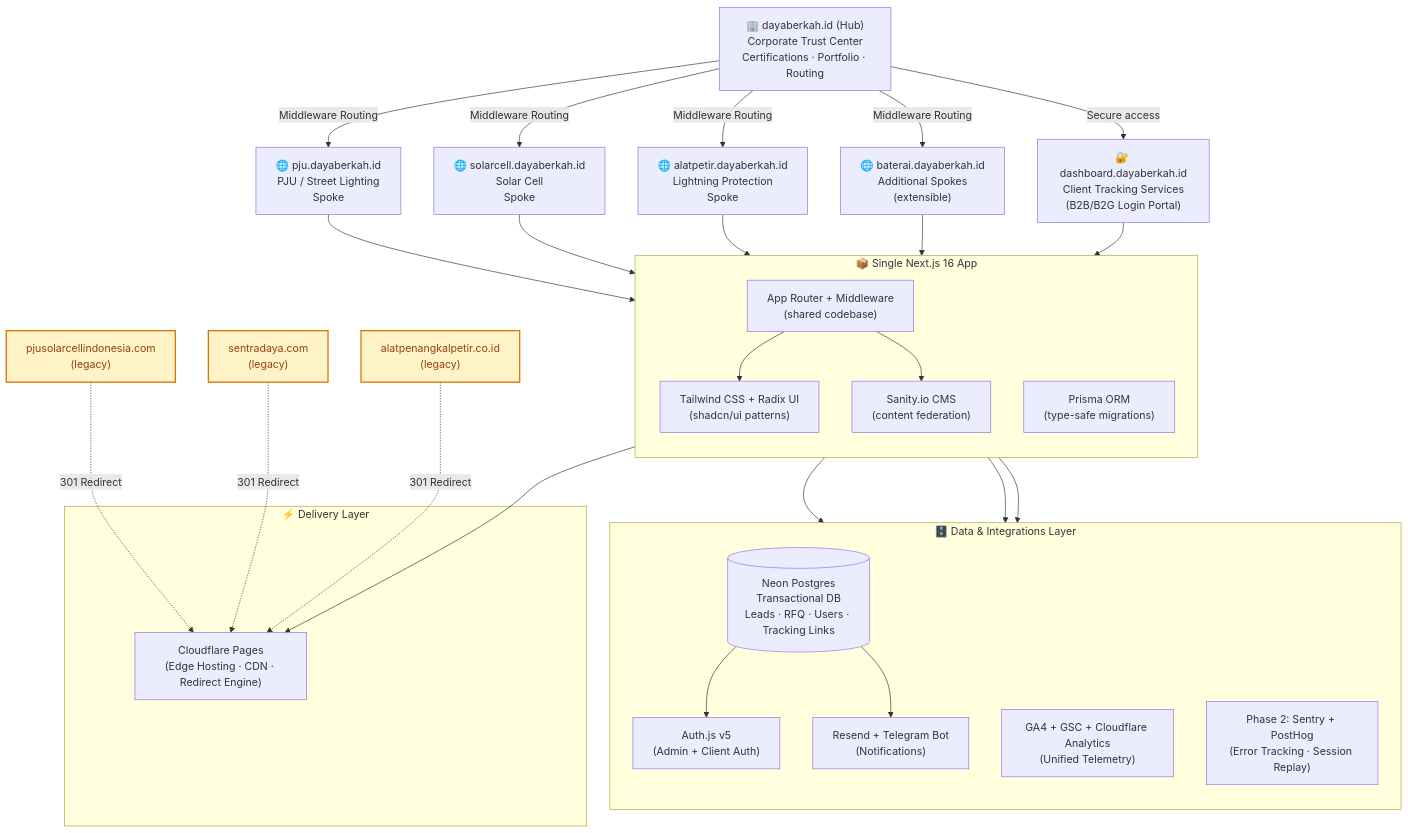
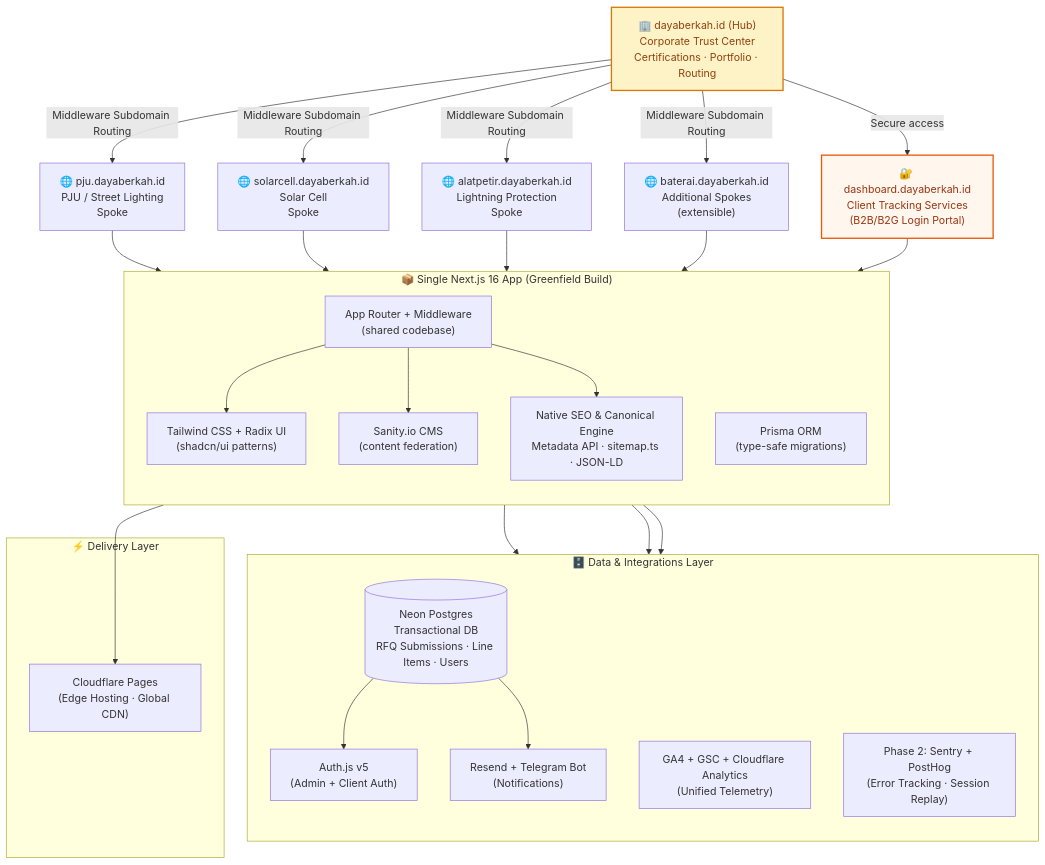
Before and after one commit to pxrzival404/arostech-hub: the first of 2 diagrams in docs/strategy/prd.md, drawn with Mermaid. The commit also changed other lines of this file and 24 other files, not shown here.

````diff
--- a/docs/strategy/prd.md
+++ b/docs/strategy/prd.md
@@ -99,49 +119,52 @@
 ```mermaid
 ---
 config:
   layout: dagre
 ---
 flowchart TD
     classDef entry fill:#fef3c7,stroke:#d97706,stroke-width:2px,color:#92400e
     classDef conversion fill:#fff7ed,stroke:#ea580c,stroke-width:2px,color:#9a3412
 
     Root["🏢 dayaberkah.id (Hub)\nCorporate Trust Center\nCertifications · Portfolio · Routing"]
-    Root -->|"Middleware Routing"| S1["🌐 pju.dayaberkah.id\nPJU / Street Lighting\nSpoke"]
-    Root -->|"Middleware Routing"| S2["🌐 solarcell.dayaberkah.id\nSolar Cell\nSpoke"]
-    Root -->|"Middleware Routing"| S3["🌐 alatpetir.dayaberkah.id\nLightning Protection\nSpoke"]
-    Root -->|"Middleware Routing"| SN["🌐 baterai.dayaberkah.id\nAdditional Spokes\n(extensible)"]
+    Root -->|"Middleware Subdomain Routing"| S1["🌐 pju.dayaberkah.id\nPJU / Street Lighting\nSpoke"]
+    Root -->|"Middleware Subdomain Routing"| S2["🌐 solarcell.dayaberkah.id\nSolar Cell\nSpoke"]
+    Root -->|"Middleware Subdomain Routing"| S3["🌐 alatpetir.dayaberkah.id\nLightning Protection\nSpoke"]
+    Root -->|"Middleware Subdomain Routing"| SN["🌐 baterai.dayaberkah.id\nAdditional Spokes\n(extensible)"]
     Root -->|"Secure access"| SD["🔐 dashboard.dayaberkah.id\nClient Tracking Services\n(B2B/B2G Login Portal)"]
-    subgraph SingleApp ["📦 Single Next.js 16 App"]
+
+    subgraph SingleApp ["📦 Single Next.js 16 App (Greenfield Build)"]
         direction TB
         NextJS["App Router + Middleware\n(shared codebase)"]
         DesignSystem["Tailwind CSS + Radix UI\n(shadcn/ui patterns)"]
         SanityFed["Sanity.io CMS\n(content federation)"]
         PrismaORM["Prisma ORM\n(type-safe migrations)"]
+        SEOEngine["Native SEO & Canonical Engine\nMetadata API · sitemap.ts · JSON-LD"]
     end
+
     subgraph DataLayer ["🗄️ Data & Integrations Layer"]
         direction TB
-        PS[("Neon Postgres\nTransactional DB\nLeads · RFQ · Users · Tracking Links")]
+        PS[("Neon Postgres\nTransactional DB\nRFQ Submissions · Line Items · Users")]
         Auth["Auth.js v5\n(Admin + Client Auth)"]
         Notif["Resend + Telegram Bot\n(Notifications)"]
         GA["GA4 + GSC + Cloudflare Analytics\n(Unified Telemetry)"]
         Mon["Phase 2: Sentry + PostHog\n(Error Tracking · Session Replay)"]
     end
+
     subgraph EdgeLayer ["⚡ Delivery Layer"]
-        CF["Cloudflare Pages\n(Edge Hosting · CDN · Redirect Engine)"]
+        CF["Cloudflare Pages\n(Edge Hosting · Global CDN)"]
     end
+
     S1 & S2 & S3 & SN & SD --> NextJS
     NextJS --> DesignSystem
     NextJS --> SanityFed
+    NextJS --> SEOEngine
     NextJS --> PS
     PS --> Auth
     PS --> Notif
     NextJS --> GA
     NextJS --> Mon
     NextJS --> CF
-    Legacy1["pjusolarcellindonesia.com\n(legacy)"] -.->|"301 Redirect"| CF
-    Legacy2["sentradaya.com\n(legacy)"] -.->|"301 Redirect"| CF
-    Legacy3["alatpenangkalpetir.co.id\n(legacy)"] -.->|"301 Redirect"| CF
-    class Legacy1 entry
-    class Legacy2 entry
-    class Legacy3 entry
+
+    class Root entry
+    class SD conversion
 ```
````
